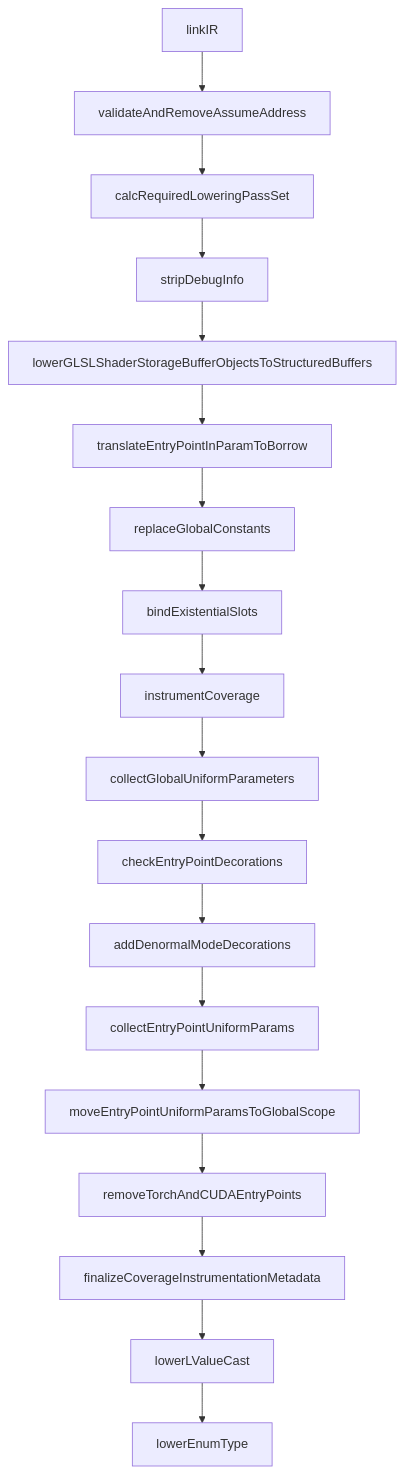
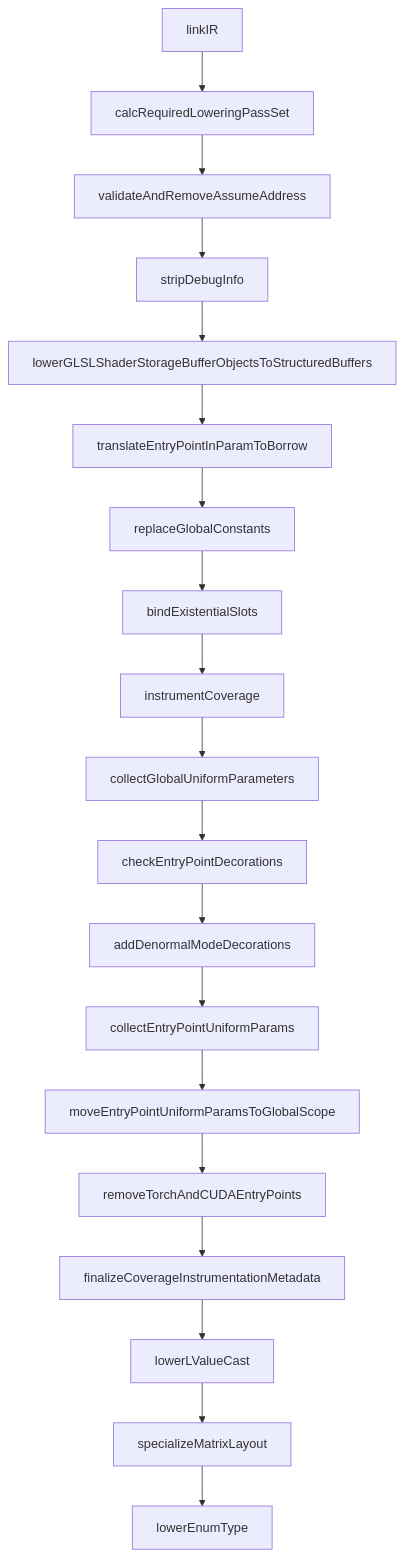
Before and after one commit to shader-slang/slang: the second of 5 diagrams in docs/generated/design/target-pipelines/hlsl.md, drawn with Mermaid. The commit also changed other lines of this file and 28 other files, not shown here.

````diff
--- a/docs/generated/design/target-pipelines/hlsl.md
+++ b/docs/generated/design/target-pipelines/hlsl.md
@@ -120,23 +126,24 @@
 ```mermaid
 flowchart TD
   linkIRn[linkIR]
+  reqSet1[calcRequiredLoweringPassSet]
   vaaa[validateAndRemoveAssumeAddress]
-  reqSet1[calcRequiredLoweringPassSet]
   stripDI[stripDebugInfo]
   ssbo[lowerGLSLShaderStorageBufferObjectsToStructuredBuffers]
   tEPInBorrow[translateEntryPointInParamToBorrow]
   rGC[replaceGlobalConstants]
   bES[bindExistentialSlots]
   iC[instrumentCoverage]
   cGUP[collectGlobalUniformParameters]
   cEPD[checkEntryPointDecorations]
   aDMD[addDenormalModeDecorations]
   cEPUP[collectEntryPointUniformParams]
   mEPUP[moveEntryPointUniformParamsToGlobalScope]
   rTCEP[removeTorchAndCUDAEntryPoints]
   fCIM[finalizeCoverageInstrumentationMetadata]
   lLVC[lowerLValueCast]
+  sML[specializeMatrixLayout]
   lET[lowerEnumType]
 
-  linkIRn --> vaaa --> reqSet1 --> stripDI --> ssbo --> tEPInBorrow --> rGC --> bES --> iC --> cGUP --> cEPD --> aDMD --> cEPUP --> mEPUP --> rTCEP --> fCIM --> lLVC --> lET
+  linkIRn --> reqSet1 --> vaaa --> stripDI --> ssbo --> tEPInBorrow --> rGC --> bES --> iC --> cGUP --> cEPD --> aDMD --> cEPUP --> mEPUP --> rTCEP --> fCIM --> lLVC --> sML --> lET
 ```
````
